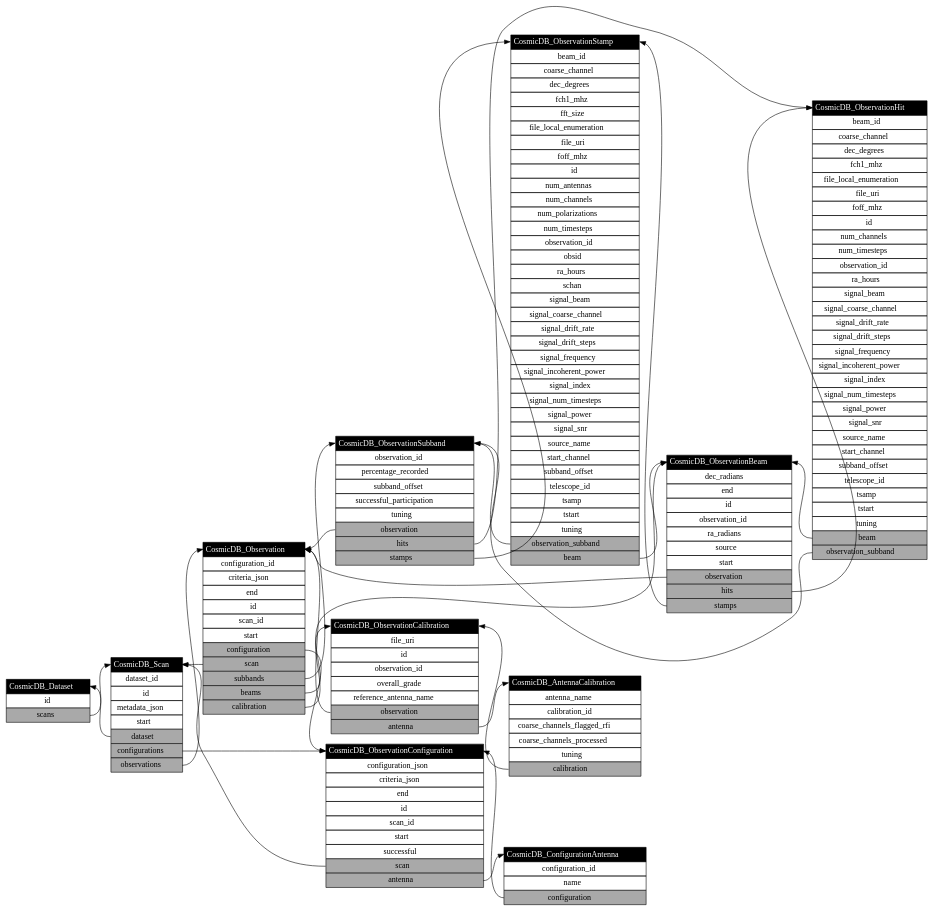
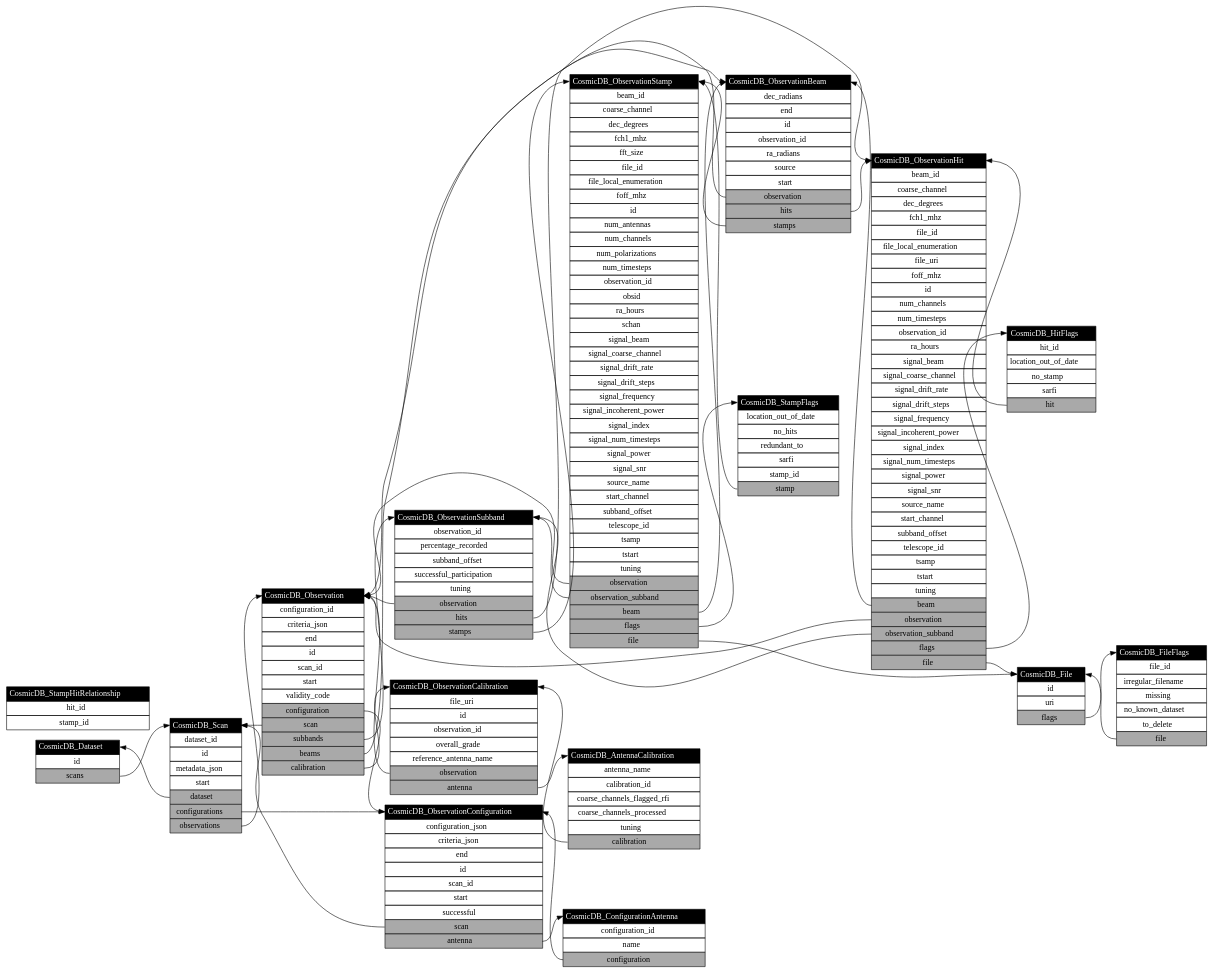
Before and after one commit to COSMIC-SETI/COSMIC-VLA-Database: the diagram in docs/classes.dot, drawn with Graphviz. The commit also changed 3 other files, not shown here.

```diff
--- a/docs/classes.dot
+++ b/docs/classes.dot
@@ -53,6 +53,7 @@
 	<tr><td>id</td></tr>
 	<tr><td>scan_id</td></tr>
 	<tr><td>start</td></tr>
+	<tr><td>validity_code</td></tr>
 	<tr><td bgcolor="darkgrey" port="configuration">configuration</td></tr>
 	<tr><td bgcolor="darkgrey" port="scan">scan</td></tr>
 	<tr><td bgcolor="darkgrey" port="subbands">subbands</td></tr>
@@ -95,6 +96,47 @@
 	<tr><td>tuning</td></tr>
 	<tr><td bgcolor="darkgrey" port="calibration">calibration</td></tr>
 </table>>, shape=plain];
+CosmicDB_HitFlags:hit -> CosmicDB_ObservationHit:class;
+CosmicDB_HitFlags [label=<<table border="0" cellborder="1" cellspacing="0" cellpadding="4">
+	<tr><td bgcolor="black" port="class"><font color="white">CosmicDB_HitFlags</font></td></tr>
+	<tr><td>hit_id</td></tr>
+	<tr><td>location_out_of_date</td></tr>
+	<tr><td>no_stamp</td></tr>
+	<tr><td>sarfi</td></tr>
+	<tr><td bgcolor="darkgrey" port="hit">hit</td></tr>
+</table>>, shape=plain];
+CosmicDB_StampFlags:stamp -> CosmicDB_ObservationStamp:class;
+CosmicDB_StampFlags [label=<<table border="0" cellborder="1" cellspacing="0" cellpadding="4">
+	<tr><td bgcolor="black" port="class"><font color="white">CosmicDB_StampFlags</font></td></tr>
+	<tr><td>location_out_of_date</td></tr>
+	<tr><td>no_hits</td></tr>
+	<tr><td>redundant_to</td></tr>
+	<tr><td>sarfi</td></tr>
+	<tr><td>stamp_id</td></tr>
+	<tr><td bgcolor="darkgrey" port="stamp">stamp</td></tr>
+</table>>, shape=plain];
+CosmicDB_StampHitRelationship [label=<<table border="0" cellborder="1" cellspacing="0" cellpadding="4">
+	<tr><td bgcolor="black" port="class"><font color="white">CosmicDB_StampHitRelationship</font></td></tr>
+	<tr><td>hit_id</td></tr>
+	<tr><td>stamp_id</td></tr>
+</table>>, shape=plain];
+CosmicDB_File:flags -> CosmicDB_FileFlags:class;
+CosmicDB_File [label=<<table border="0" cellborder="1" cellspacing="0" cellpadding="4">
+	<tr><td bgcolor="black" port="class"><font color="white">CosmicDB_File</font></td></tr>
+	<tr><td>id</td></tr>
+	<tr><td>uri</td></tr>
+	<tr><td bgcolor="darkgrey" port="flags">flags</td></tr>
+</table>>, shape=plain];
+CosmicDB_FileFlags:file -> CosmicDB_File:class;
+CosmicDB_FileFlags [label=<<table border="0" cellborder="1" cellspacing="0" cellpadding="4">
+	<tr><td bgcolor="black" port="class"><font color="white">CosmicDB_FileFlags</font></td></tr>
+	<tr><td>file_id</td></tr>
+	<tr><td>irregular_filename</td></tr>
+	<tr><td>missing</td></tr>
+	<tr><td>no_known_dataset</td></tr>
+	<tr><td>to_delete</td></tr>
+	<tr><td bgcolor="darkgrey" port="file">file</td></tr>
+</table>>, shape=plain];
 CosmicDB_ObservationBeam:observation -> CosmicDB_Observation:class;
 CosmicDB_ObservationBeam:hits -> CosmicDB_ObservationHit:class;
 CosmicDB_ObservationBeam:stamps -> CosmicDB_ObservationStamp:class;
@@ -112,13 +154,17 @@
 	<tr><td bgcolor="darkgrey" port="stamps">stamps</td></tr>
 </table>>, shape=plain];
 CosmicDB_ObservationHit:beam -> CosmicDB_ObservationBeam:class;
+CosmicDB_ObservationHit:observation -> CosmicDB_Observation:class;
 CosmicDB_ObservationHit:observation_subband -> CosmicDB_ObservationSubband:class;
+CosmicDB_ObservationHit:flags -> CosmicDB_HitFlags:class;
+CosmicDB_ObservationHit:file -> CosmicDB_File:class;
 CosmicDB_ObservationHit [label=<<table border="0" cellborder="1" cellspacing="0" cellpadding="4">
 	<tr><td bgcolor="black" port="class"><font color="white">CosmicDB_ObservationHit</font></td></tr>
 	<tr><td>beam_id</td></tr>
 	<tr><td>coarse_channel</td></tr>
 	<tr><td>dec_degrees</td></tr>
 	<tr><td>fch1_mhz</td></tr>
+	<tr><td>file_id</td></tr>
 	<tr><td>file_local_enumeration</td></tr>
 	<tr><td>file_uri</td></tr>
 	<tr><td>foff_mhz</td></tr>
@@ -145,10 +191,16 @@
 	<tr><td>tstart</td></tr>
 	<tr><td>tuning</td></tr>
 	<tr><td bgcolor="darkgrey" port="beam">beam</td></tr>
+	<tr><td bgcolor="darkgrey" port="observation">observation</td></tr>
 	<tr><td bgcolor="darkgrey" port="observation_subband">observation_subband</td></tr>
+	<tr><td bgcolor="darkgrey" port="flags">flags</td></tr>
+	<tr><td bgcolor="darkgrey" port="file">file</td></tr>
 </table>>, shape=plain];
+CosmicDB_ObservationStamp:observation -> CosmicDB_Observation:class;
 CosmicDB_ObservationStamp:observation_subband -> CosmicDB_ObservationSubband:class;
 CosmicDB_ObservationStamp:beam -> CosmicDB_ObservationBeam:class;
+CosmicDB_ObservationStamp:flags -> CosmicDB_StampFlags:class;
+CosmicDB_ObservationStamp:file -> CosmicDB_File:class;
 CosmicDB_ObservationStamp [label=<<table border="0" cellborder="1" cellspacing="0" cellpadding="4">
 	<tr><td bgcolor="black" port="class"><font color="white">CosmicDB_ObservationStamp</font></td></tr>
 	<tr><td>beam_id</td></tr>
@@ -156,8 +208,8 @@
 	<tr><td>dec_degrees</td></tr>
 	<tr><td>fch1_mhz</td></tr>
 	<tr><td>fft_size</td></tr>
+	<tr><td>file_id</td></tr>
 	<tr><td>file_local_enumeration</td></tr>
-	<tr><td>file_uri</td></tr>
 	<tr><td>foff_mhz</td></tr>
 	<tr><td>id</td></tr>
 	<tr><td>num_antennas</td></tr>
@@ -185,7 +237,10 @@
 	<tr><td>tsamp</td></tr>
 	<tr><td>tstart</td></tr>
 	<tr><td>tuning</td></tr>
+	<tr><td bgcolor="darkgrey" port="observation">observation</td></tr>
 	<tr><td bgcolor="darkgrey" port="observation_subband">observation_subband</td></tr>
 	<tr><td bgcolor="darkgrey" port="beam">beam</td></tr>
+	<tr><td bgcolor="darkgrey" port="flags">flags</td></tr>
+	<tr><td bgcolor="darkgrey" port="file">file</td></tr>
 </table>>, shape=plain];
 }
```
